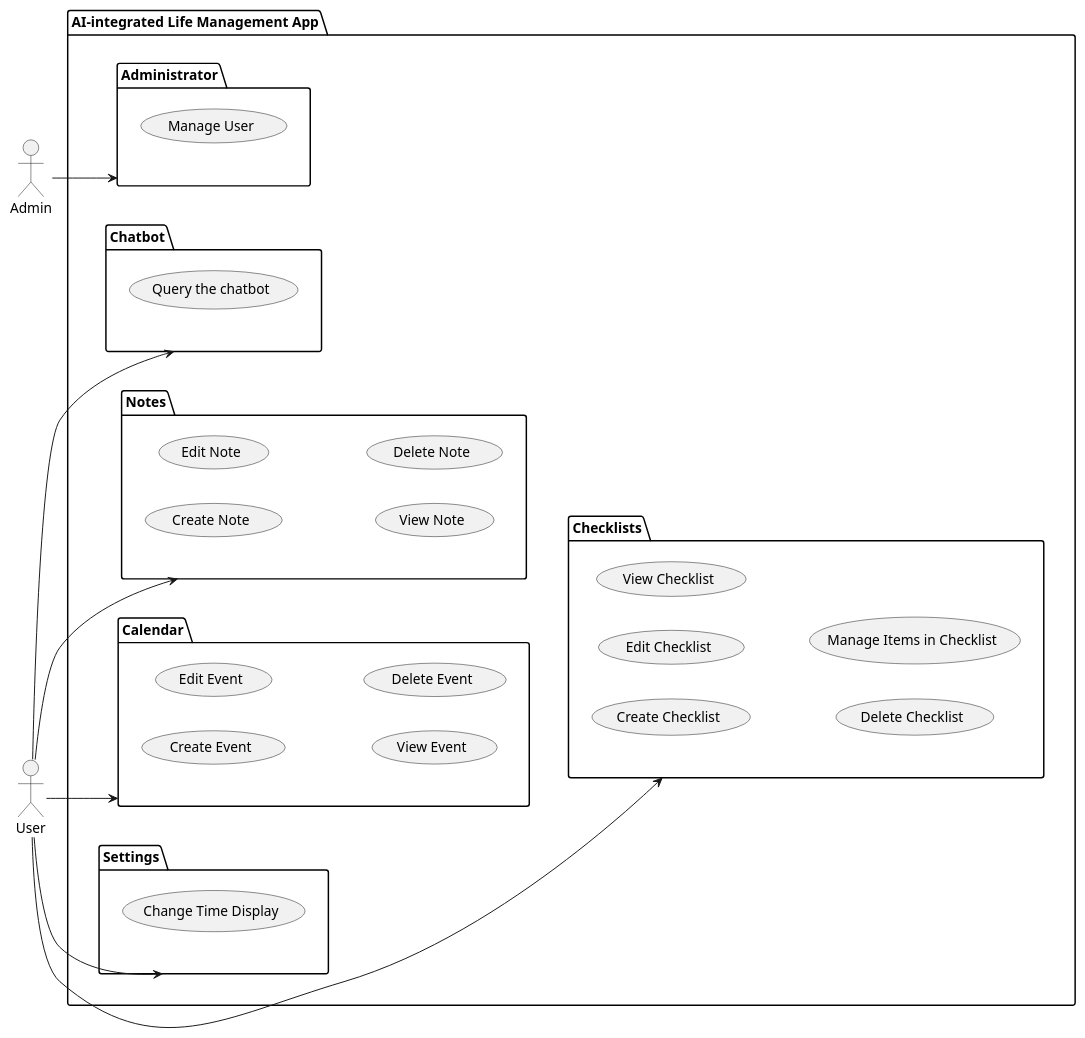
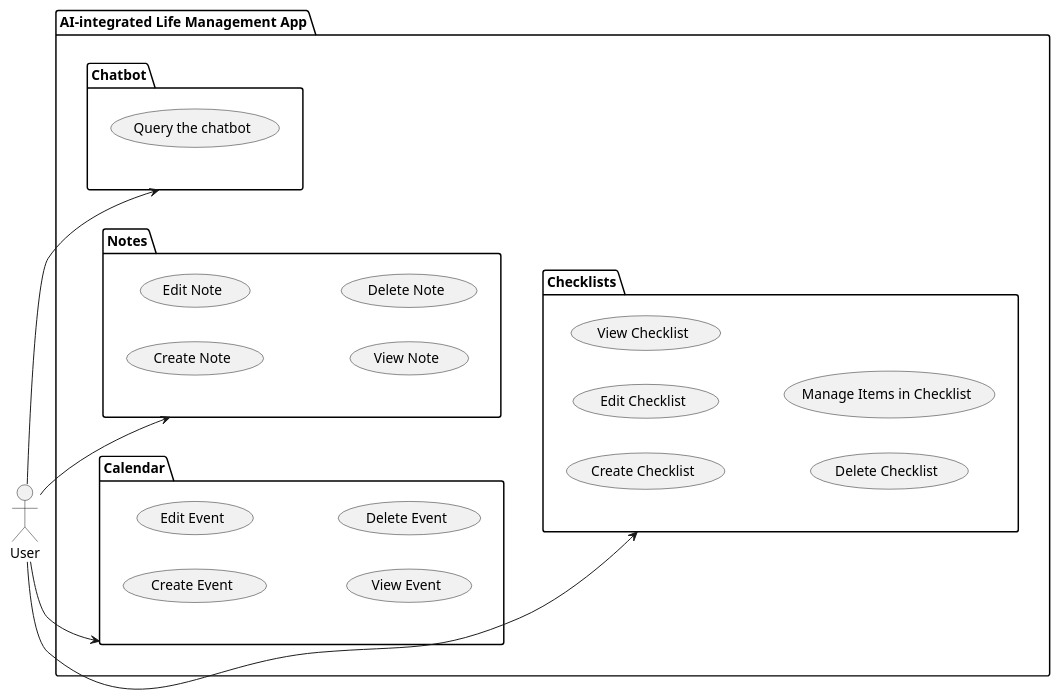
Before and after one commit to AET-DevOps26/team-devopss26: the diagram in docs/use-case.puml, drawn with PlantUML. The commit also changed 59 other files, not shown here.

Commit message:
implements #101: removed user settings and admin page

```diff
--- a/docs/use-case.puml
+++ b/docs/use-case.puml
@@ -1,50 +1,40 @@
 @startuml
 'https://plantuml.com/use-case-diagram
 
 left to right direction
 
 package "AI-integrated Life Management App" {
 
 	package Chatbot as Chatbot {
 		(Query the chatbot)
 	}
 
 	package Notes as Notes {
 		(Create Note)
 		(Edit Note)
 		(View Note)
 		(Delete Note)
 	}
 	
 	package Calendar as Calendar {
 		(Create Event)
 		(Edit Event)
 		(View Event)
 		(Delete Event)
 	}
 	
 	package Checklists as Checklists {
 		(Create Checklist)
 		(Edit Checklist)
 		(View Checklist)
 		(Delete Checklist)
 		(Manage Items in Checklist)
 	}
-	
-	package Settings as Settings {
-		(Change Time Display)
-	}
-	
-	package Administrator as Administrator {
-		(Manage User)
-	}
 
 }
 
 User --> Notes
 User --> Calendar
 User --> Checklists
 User --> Chatbot
-User --> Settings
-Admin --> Administrator
 @enduml
```
